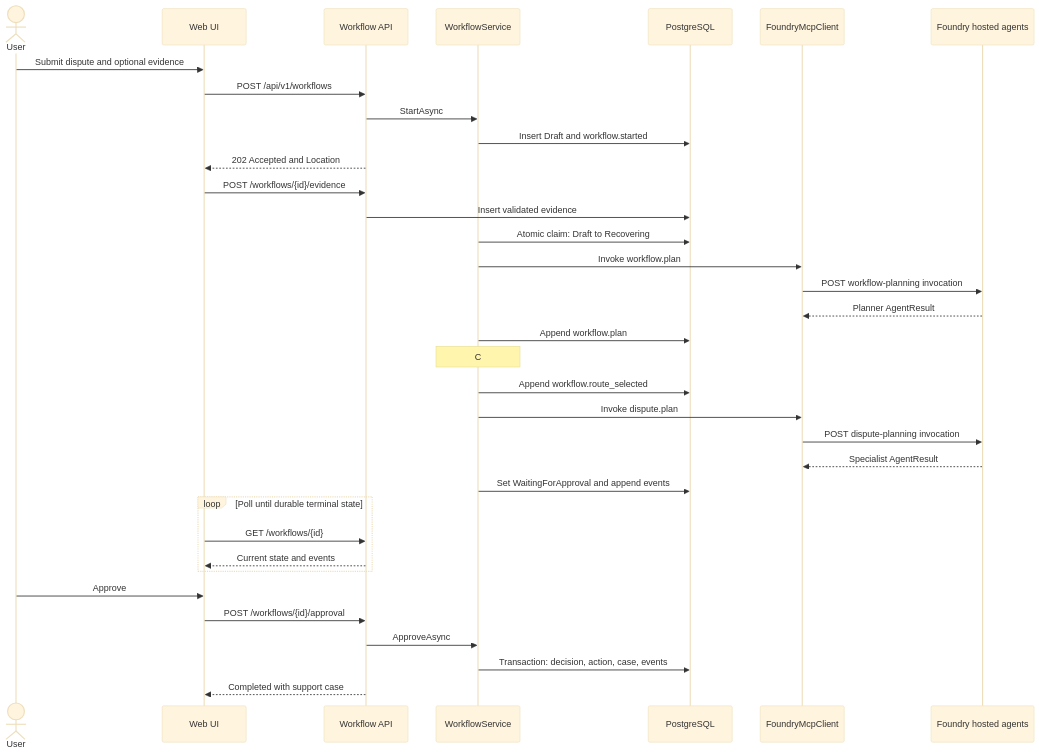
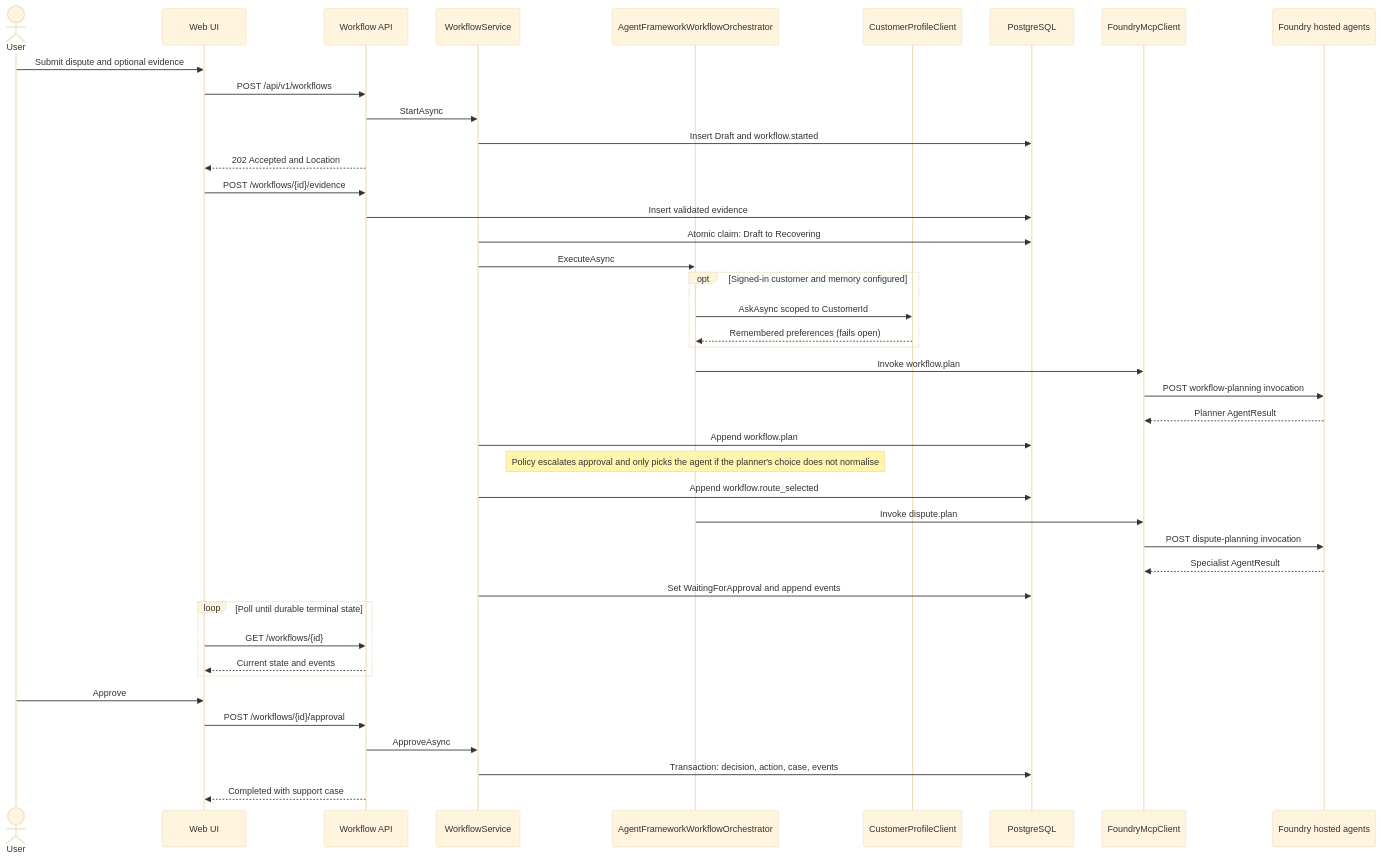
The third of 5 diagrams in docs/mvp-implementation-operations-guide.md (briandenicola/banking-agent-foundry-orchestrator), drawn with Mermaid (base theme) before and after one commit. The commit also changed other lines of this file and 4 other files, not shown here.

````diff
--- a/docs/mvp-implementation-operations-guide.md
+++ b/docs/mvp-implementation-operations-guide.md
@@ -386,40 +500,47 @@
 ```mermaid
 sequenceDiagram
     actor User
     participant UI as Web UI
     participant API as Workflow API
     participant SVC as WorkflowService
+    participant ORCH as AgentFrameworkWorkflowOrchestrator
+    participant Profile as CustomerProfileClient
     participant DB as PostgreSQL
     participant FClient as FoundryMcpClient
     participant Foundry as Foundry hosted agents
 
     User->>UI: Submit dispute and optional evidence
     UI->>API: POST /api/v1/workflows
     API->>SVC: StartAsync
     SVC->>DB: Insert Draft and workflow.started
     API-->>UI: 202 Accepted and Location
     UI->>API: POST /workflows/{id}/evidence
     API->>DB: Insert validated evidence
     SVC->>DB: Atomic claim: Draft to Recovering
-    SVC->>FClient: Invoke workflow.plan
+    SVC->>ORCH: ExecuteAsync
+    opt Signed-in customer and memory configured
+        ORCH->>Profile: AskAsync scoped to CustomerId
+        Profile-->>ORCH: Remembered preferences (fails open)
+    end
+    ORCH->>FClient: Invoke workflow.plan
     FClient->>Foundry: POST workflow-planning invocation
     Foundry-->>FClient: Planner AgentResult
     SVC->>DB: Append workflow.plan
-    Note over SVC: C# routing policy is authoritative
+    Note over ORCH: Policy escalates approval and only picks the agent if the planner's choice does not normalise
     SVC->>DB: Append workflow.route_selected
-    SVC->>FClient: Invoke dispute.plan
+    ORCH->>FClient: Invoke dispute.plan
     FClient->>Foundry: POST dispute-planning invocation
     Foundry-->>FClient: Specialist AgentResult
     SVC->>DB: Set WaitingForApproval and append events
 
     loop Poll until durable terminal state
         UI->>API: GET /workflows/{id}
         API-->>UI: Current state and events
     end
 
     User->>UI: Approve
     UI->>API: POST /workflows/{id}/approval
     API->>SVC: ApproveAsync
     SVC->>DB: Transaction: decision, action, case, events
     API-->>UI: Completed with support case
 ```
````
